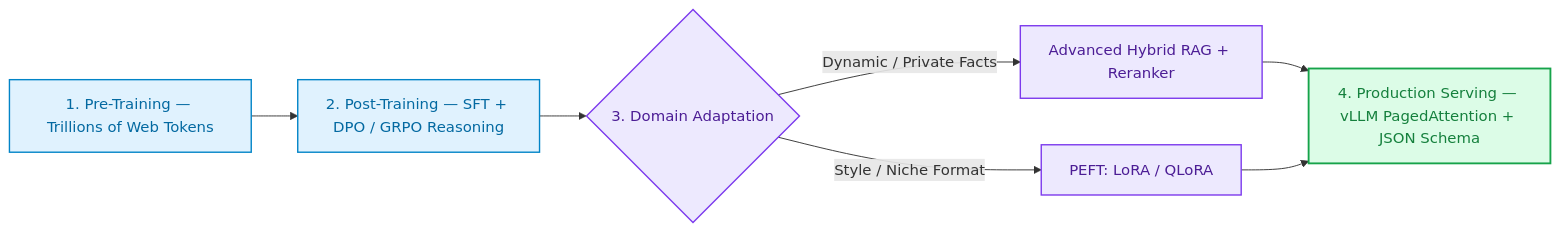
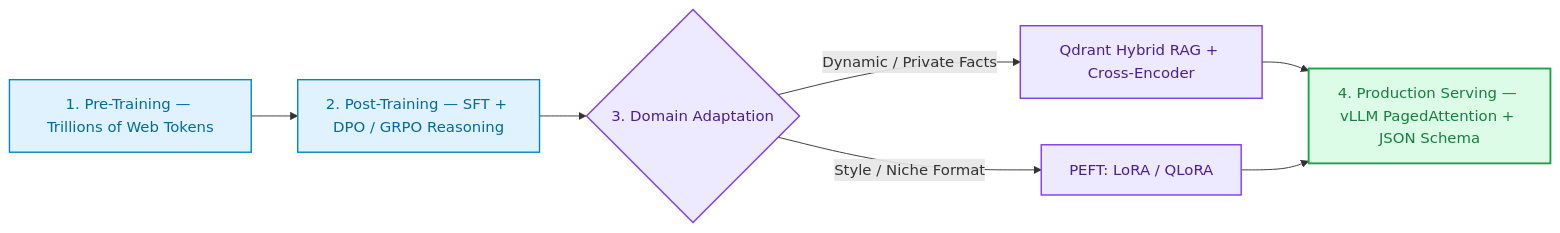
One commit to FirdowsRahaman/agentic-ai-and-ml-roadmap changed the first of 2 diagrams in curriculum/03-modern-ai-and-genai/06_llms_finetuning_and_rag.md. Above: the diagram before and after it, drawn with Mermaid. The commit also changed other lines of this file and 20 other files, not shown here.

Commit message:
feat(handbook): convert curriculum to pure Engineering Handbook style and add Qdrant hybrid RAG section

````diff
--- a/curriculum/03-modern-ai-and-genai/06_llms_finetuning_and_rag.md
+++ b/curriculum/03-modern-ai-and-genai/06_llms_finetuning_and_rag.md
@@ -13,16 +13,16 @@
 ```mermaid
 flowchart LR
     PRE["1. Pre-Training — Trillions of Web Tokens"] --> POST["2. Post-Training — SFT + DPO / GRPO Reasoning"]
     POST --> ADAPT{"3. Domain Adaptation"}
-    ADAPT -->|"Dynamic / Private Facts"| RAG["Advanced Hybrid RAG + Reranker"]
+    ADAPT -->|"Dynamic / Private Facts"| RAG["Qdrant Hybrid RAG + Cross-Encoder"]
     ADAPT -->|"Style / Niche Format"| LORA["PEFT: LoRA / QLoRA"]
     RAG & LORA --> SERVE["4. Production Serving — vLLM PagedAttention + JSON Schema"]
 
     classDef base fill:#E0F2FE,stroke:#0284C7,stroke-width:1.5px,color:#0369A1;
     classDef mid fill:#EDE9FE,stroke:#7C3AED,stroke-width:1.5px,color:#4C1D95;
     classDef prod fill:#DCFCE7,stroke:#16A34A,stroke-width:2px,color:#15803D;
 
     class PRE,POST base;
     class ADAPT,RAG,LORA mid;
     class SERVE prod;
 ```
````
